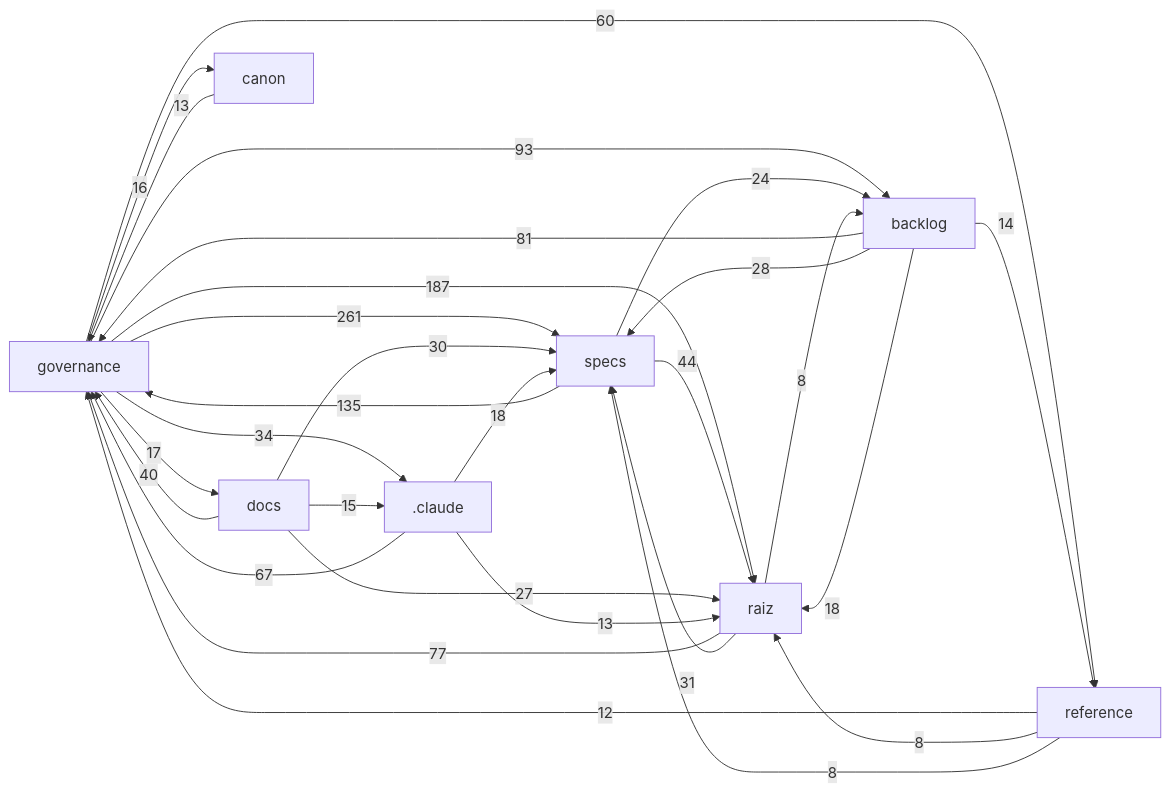
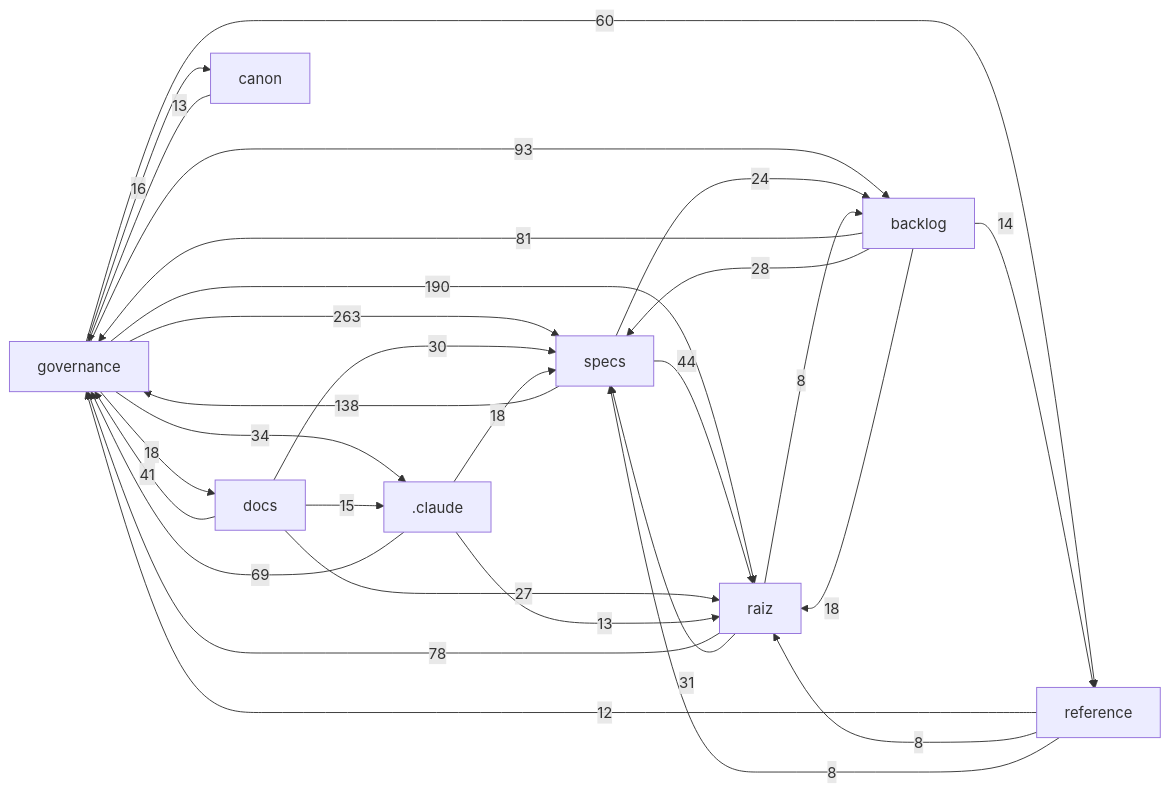
The diagram in docs/mapa/MAPA-PROJETO.md (Andraus35/Sistema-Operacional-de-Trading--SOT), drawn with Mermaid before and after one commit. The commit also changed other lines of this file and 10 other files, not shown here.

````diff
--- a/docs/mapa/MAPA-PROJETO.md
+++ b/docs/mapa/MAPA-PROJETO.md
@@ -30,31 +30,31 @@
 ```mermaid
 flowchart LR
-  governance["governance"] -->|261| specs["specs"]
-  governance["governance"] -->|187| raiz["raiz"]
-  specs["specs"] -->|135| governance["governance"]
+  governance["governance"] -->|263| specs["specs"]
+  governance["governance"] -->|190| raiz["raiz"]
+  specs["specs"] -->|138| governance["governance"]
   governance["governance"] -->|93| backlog["backlog"]
   backlog["backlog"] -->|81| governance["governance"]
-  raiz["raiz"] -->|77| governance["governance"]
-  _claude[".claude"] -->|67| governance["governance"]
+  raiz["raiz"] -->|78| governance["governance"]
+  _claude[".claude"] -->|69| governance["governance"]
   governance["governance"] -->|60| reference["reference"]
   specs["specs"] -->|44| raiz["raiz"]
-  docs["docs"] -->|40| governance["governance"]
+  docs["docs"] -->|41| governance["governance"]
   governance["governance"] -->|34| _claude[".claude"]
   raiz["raiz"] -->|31| specs["specs"]
   docs["docs"] -->|30| specs["specs"]
   backlog["backlog"] -->|28| specs["specs"]
   docs["docs"] -->|27| raiz["raiz"]
   specs["specs"] -->|24| backlog["backlog"]
   _claude[".claude"] -->|18| specs["specs"]
   backlog["backlog"] -->|18| raiz["raiz"]
-  governance["governance"] -->|17| docs["docs"]
+  governance["governance"] -->|18| docs["docs"]
   governance["governance"] -->|16| canon["canon"]
   docs["docs"] -->|15| _claude[".claude"]
   backlog["backlog"] -->|14| reference["reference"]
   _claude[".claude"] -->|13| raiz["raiz"]
   canon["canon"] -->|13| governance["governance"]
   reference["reference"] -->|12| governance["governance"]
   raiz["raiz"] -->|8| backlog["backlog"]
   reference["reference"] -->|8| raiz["raiz"]
   reference["reference"] -->|8| specs["specs"]
 ```
````
